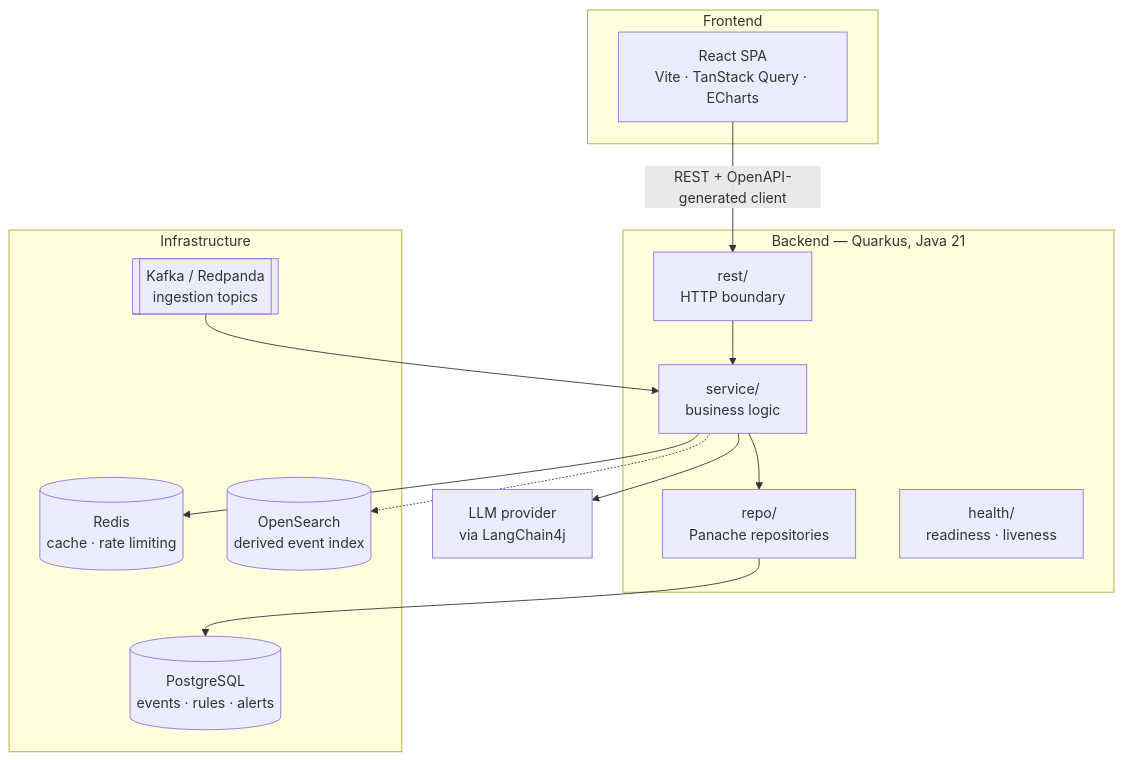
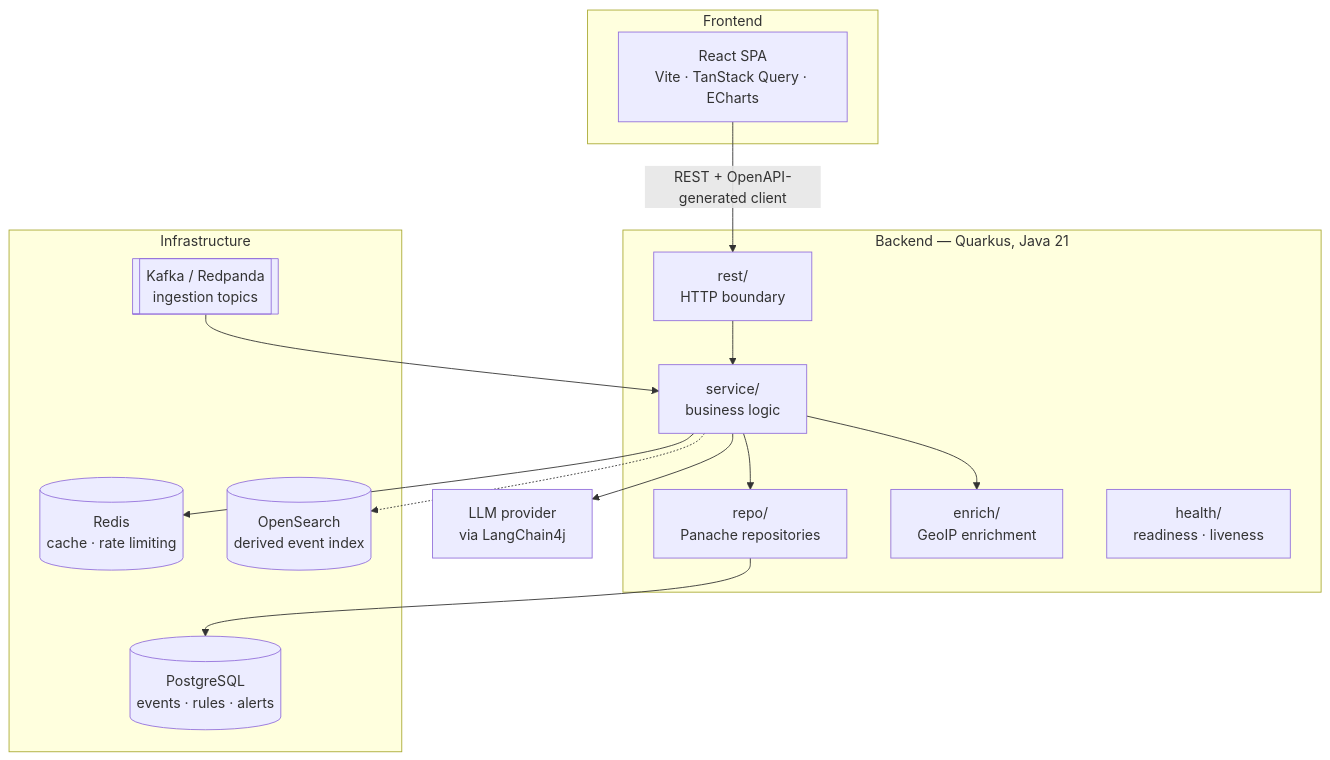
Before and after one commit to AI-SIEM-logs-analyzer/ai-siem-logs-analyzer: the second of 3 diagrams in docs/ARCHITECTURE.md, drawn with Mermaid. The commit also changed other lines of this file and 36 other files, not shown here.

First line of the commit message:
Add GeoIP enrichment for source IPs in logs (#87) (#87)

````diff
--- a/docs/ARCHITECTURE.md
+++ b/docs/ARCHITECTURE.md
@@ -41,32 +41,34 @@
 ```mermaid
 %% Placeholder — component boundaries are provisional and will move as features land.
 flowchart TB
     subgraph client[Frontend]
         spa[React SPA<br/>Vite · TanStack Query · ECharts]
     end
 
     subgraph api[Backend — Quarkus, Java 21]
         rest[rest/<br/>HTTP boundary]
         service[service/<br/>business logic]
         repo[repo/<br/>Panache repositories]
+        enrich[enrich/<br/>GeoIP enrichment]
         health[health/<br/>readiness · liveness]
     end
 
     subgraph infra[Infrastructure]
         pg[(PostgreSQL<br/>events · rules · alerts)]
         redis[(Redis<br/>cache · rate limiting)]
         kafka[[Kafka / Redpanda<br/>ingestion topics]]
         search[(OpenSearch<br/>derived event index)]
     end
 
     llm[LLM provider<br/>via LangChain4j]
 
     spa -->|REST + OpenAPI-generated client| rest
     rest --> service
     service --> repo
     repo --> pg
     service --> redis
     service --> llm
     kafka --> service
+    service --> enrich
     service -.-> search
 ```
````
